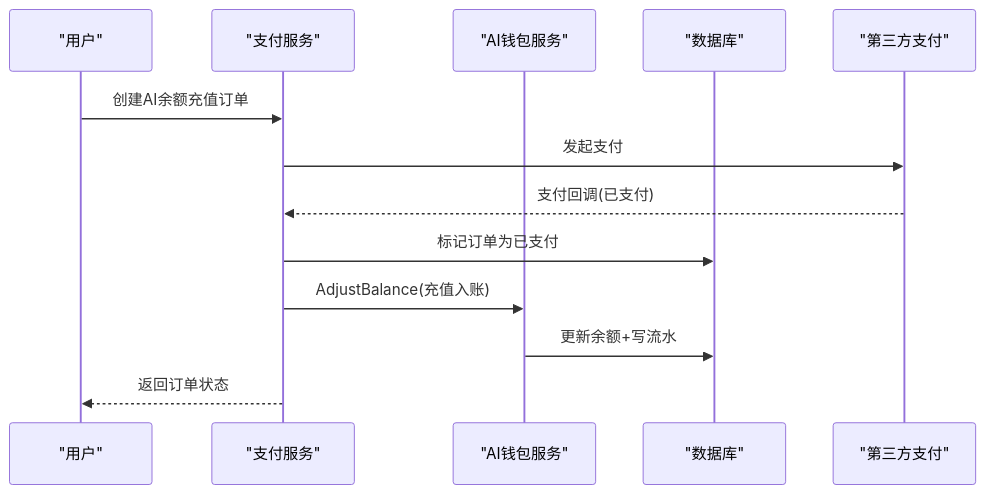
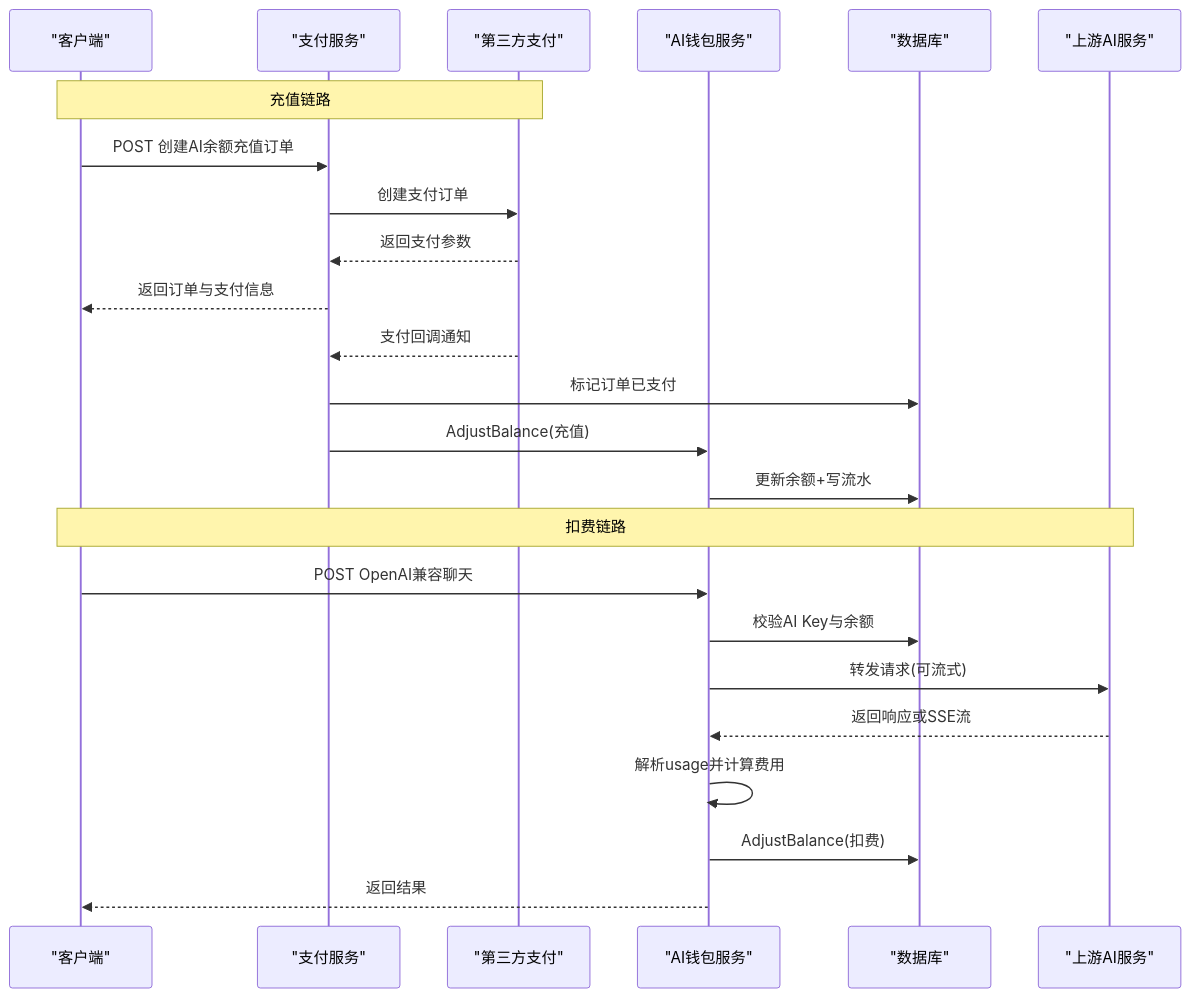
Before and after one commit to alvinwangzi/goodhr: the second of 7 diagrams in .qoder/repowiki/zh/content/云端后端服务/支付订阅系统/AI钱包系统.md, drawn with Mermaid. The commit also changed other lines of this file and 149 other files, not shown here.

````diff
--- a/.qoder/repowiki/zh/content/云端后端服务/支付订阅系统/AI钱包系统.md
+++ b/.qoder/repowiki/zh/content/云端后端服务/支付订阅系统/AI钱包系统.md
@@ -90,15 +88,26 @@
 ```mermaid
 sequenceDiagram
-participant U as "用户"
-participant P as "支付服务"
-participant W as "AI钱包服务"
+participant Client as "客户端"
+participant Pay as "支付服务"
+participant Prov as "第三方支付"
+participant Wallet as "AI钱包服务"
 participant DB as "数据库"
-participant X as "第三方支付"
-U->>P : 创建AI余额充值订单
-P->>X : 发起支付
-X-->>P : 支付回调(已支付)
-P->>DB : 标记订单为已支付
-P->>W : AdjustBalance(充值入账)
-W->>DB : 更新余额+写流水
-P-->>U : 返回订单状态
+participant UpAI as "上游AI服务"
+Note over Client,Prov : 充值链路
+Client->>Pay : POST 创建AI余额充值订单
+Pay->>Prov : 创建支付订单
+Prov-->>Pay : 返回支付参数
+Pay-->>Client : 返回订单与支付信息
+Prov-->>Pay : 支付回调通知
+Pay->>DB : 标记订单已支付
+Pay->>Wallet : AdjustBalance(充值)
+Wallet->>DB : 更新余额+写流水
+Note over Client,UpAI : 扣费链路
+Client->>Wallet : POST OpenAI兼容聊天
+Wallet->>DB : 校验AI Key与余额
+Wallet->>UpAI : 转发请求(可流式)
+UpAI-->>Wallet : 返回响应或SSE流
+Wallet->>Wallet : 解析usage并计算费用
+Wallet->>DB : AdjustBalance(扣费)
+Wallet-->>Client : 返回结果
 ```
````
